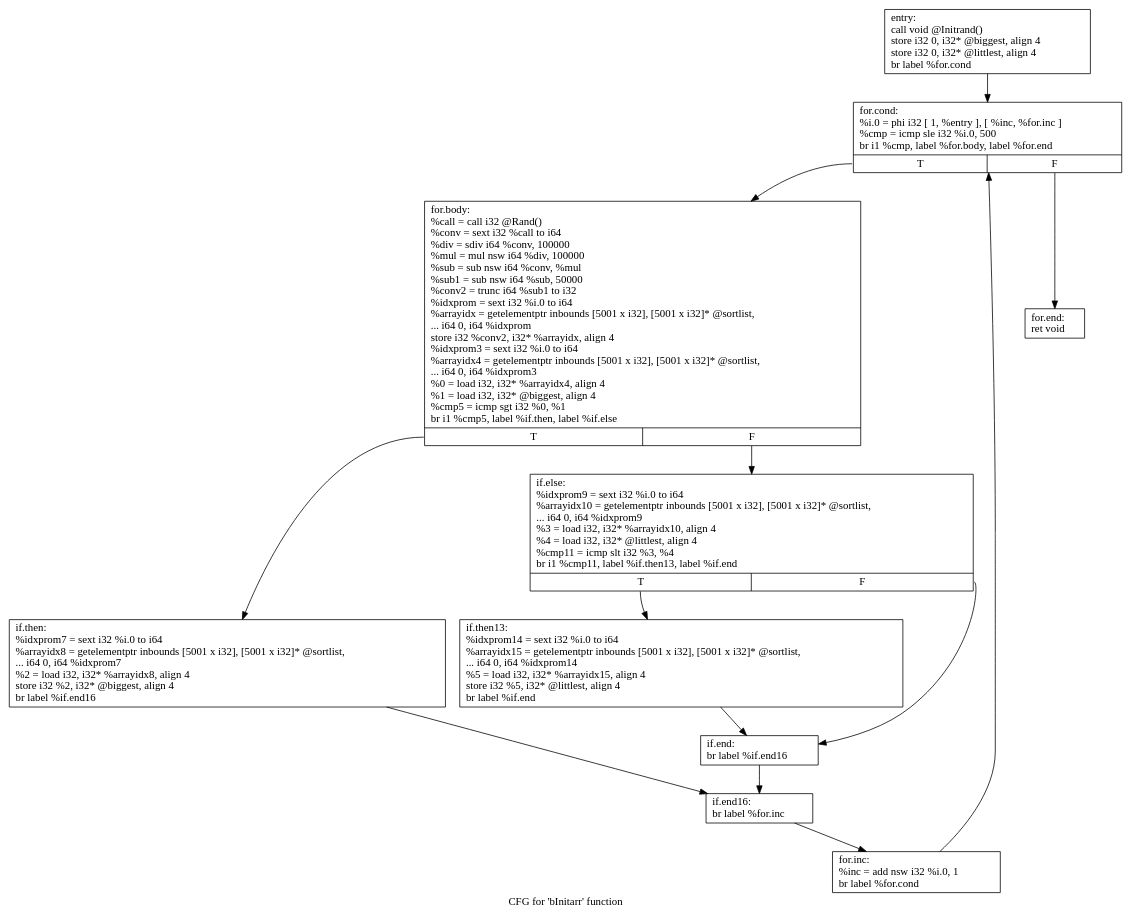
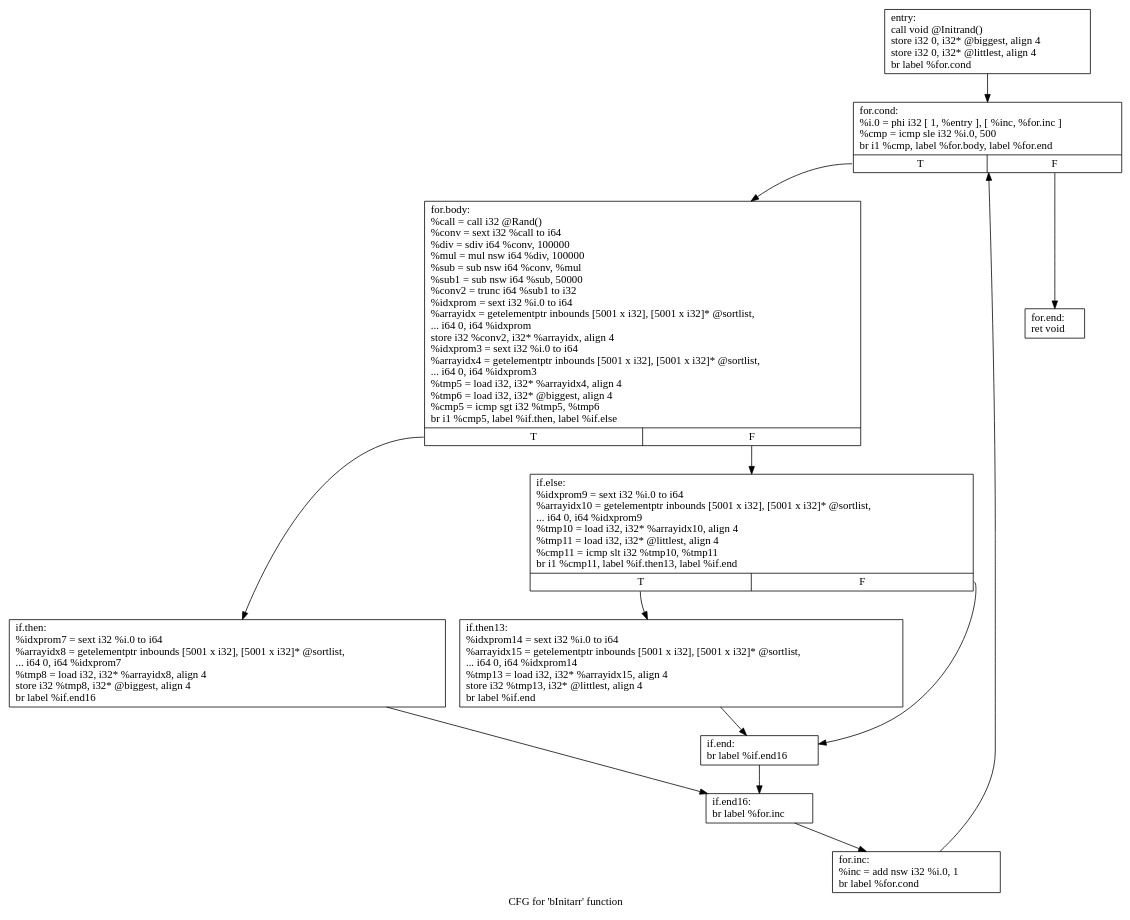
One commit to canesche/cfgPrinter changed the diagram in .bInitarr.dot. Above: the diagram before and after it, drawn with Graphviz. The commit also changed 116 other files, not shown here.

```diff
--- a/.bInitarr.dot
+++ b/.bInitarr.dot
@@ -1,26 +1,26 @@
 digraph "CFG for 'bInitarr' function" {
 	label="CFG for 'bInitarr' function";
 
-	Node0x9ba200 [shape=record,label="{entry:\l  call void @Initrand()\l  store i32 0, i32* @biggest, align 4\l  store i32 0, i32* @littlest, align 4\l  br label %for.cond\l}"];
-	Node0x9ba200 -> Node0x9ba550;
-	Node0x9ba550 [shape=record,label="{for.cond:                                         \l  %i.0 = phi i32 [ 1, %entry ], [ %inc, %for.inc ]\l  %cmp = icmp sle i32 %i.0, 500\l  br i1 %cmp, label %for.body, label %for.end\l|{<s0>T|<s1>F}}"];
-	Node0x9ba550:s0 -> Node0x9bb110;
-	Node0x9ba550:s1 -> Node0x9bb1f0;
-	Node0x9bb110 [shape=record,label="{for.body:                                         \l  %call = call i32 @Rand()\l  %conv = sext i32 %call to i64\l  %div = sdiv i64 %conv, 100000\l  %mul = mul nsw i64 %div, 100000\l  %sub = sub nsw i64 %conv, %mul\l  %sub1 = sub nsw i64 %sub, 50000\l  %conv2 = trunc i64 %sub1 to i32\l  %idxprom = sext i32 %i.0 to i64\l  %arrayidx = getelementptr inbounds [5001 x i32], [5001 x i32]* @sortlist,\l... i64 0, i64 %idxprom\l  store i32 %conv2, i32* %arrayidx, align 4\l  %idxprom3 = sext i32 %i.0 to i64\l  %arrayidx4 = getelementptr inbounds [5001 x i32], [5001 x i32]* @sortlist,\l... i64 0, i64 %idxprom3\l  %0 = load i32, i32* %arrayidx4, align 4\l  %1 = load i32, i32* @biggest, align 4\l  %cmp5 = icmp sgt i32 %0, %1\l  br i1 %cmp5, label %if.then, label %if.else\l|{<s0>T|<s1>F}}"];
-	Node0x9bb110:s0 -> Node0x9bbd20;
-	Node0x9bb110:s1 -> Node0x9bbdf0;
-	Node0x9bbd20 [shape=record,label="{if.then:                                          \l  %idxprom7 = sext i32 %i.0 to i64\l  %arrayidx8 = getelementptr inbounds [5001 x i32], [5001 x i32]* @sortlist,\l... i64 0, i64 %idxprom7\l  %2 = load i32, i32* %arrayidx8, align 4\l  store i32 %2, i32* @biggest, align 4\l  br label %if.end16\l}"];
-	Node0x9bbd20 -> Node0x9bc0d0;
-	Node0x9bbdf0 [shape=record,label="{if.else:                                          \l  %idxprom9 = sext i32 %i.0 to i64\l  %arrayidx10 = getelementptr inbounds [5001 x i32], [5001 x i32]* @sortlist,\l... i64 0, i64 %idxprom9\l  %3 = load i32, i32* %arrayidx10, align 4\l  %4 = load i32, i32* @littlest, align 4\l  %cmp11 = icmp slt i32 %3, %4\l  br i1 %cmp11, label %if.then13, label %if.end\l|{<s0>T|<s1>F}}"];
-	Node0x9bbdf0:s0 -> Node0x9bc7b0;
-	Node0x9bbdf0:s1 -> Node0x9bc860;
-	Node0x9bc7b0 [shape=record,label="{if.then13:                                        \l  %idxprom14 = sext i32 %i.0 to i64\l  %arrayidx15 = getelementptr inbounds [5001 x i32], [5001 x i32]* @sortlist,\l... i64 0, i64 %idxprom14\l  %5 = load i32, i32* %arrayidx15, align 4\l  store i32 %5, i32* @littlest, align 4\l  br label %if.end\l}"];
-	Node0x9bc7b0 -> Node0x9bc860;
-	Node0x9bc860 [shape=record,label="{if.end:                                           \l  br label %if.end16\l}"];
-	Node0x9bc860 -> Node0x9bc0d0;
-	Node0x9bc0d0 [shape=record,label="{if.end16:                                         \l  br label %for.inc\l}"];
-	Node0x9bc0d0 -> Node0x9ba6b0;
-	Node0x9ba6b0 [shape=record,label="{for.inc:                                          \l  %inc = add nsw i32 %i.0, 1\l  br label %for.cond\l}"];
-	Node0x9ba6b0 -> Node0x9ba550;
-	Node0x9bb1f0 [shape=record,label="{for.end:                                          \l  ret void\l}"];
+	Node0x18a72e0 [shape=record,label="{entry:\l  call void @Initrand()\l  store i32 0, i32* @biggest, align 4\l  store i32 0, i32* @littlest, align 4\l  br label %for.cond\l}"];
+	Node0x18a72e0 -> Node0x18a7630;
+	Node0x18a7630 [shape=record,label="{for.cond:                                         \l  %i.0 = phi i32 [ 1, %entry ], [ %inc, %for.inc ]\l  %cmp = icmp sle i32 %i.0, 500\l  br i1 %cmp, label %for.body, label %for.end\l|{<s0>T|<s1>F}}"];
+	Node0x18a7630:s0 -> Node0x18a81f0;
+	Node0x18a7630:s1 -> Node0x18a82d0;
+	Node0x18a81f0 [shape=record,label="{for.body:                                         \l  %call = call i32 @Rand()\l  %conv = sext i32 %call to i64\l  %div = sdiv i64 %conv, 100000\l  %mul = mul nsw i64 %div, 100000\l  %sub = sub nsw i64 %conv, %mul\l  %sub1 = sub nsw i64 %sub, 50000\l  %conv2 = trunc i64 %sub1 to i32\l  %idxprom = sext i32 %i.0 to i64\l  %arrayidx = getelementptr inbounds [5001 x i32], [5001 x i32]* @sortlist,\l... i64 0, i64 %idxprom\l  store i32 %conv2, i32* %arrayidx, align 4\l  %idxprom3 = sext i32 %i.0 to i64\l  %arrayidx4 = getelementptr inbounds [5001 x i32], [5001 x i32]* @sortlist,\l... i64 0, i64 %idxprom3\l  %tmp5 = load i32, i32* %arrayidx4, align 4\l  %tmp6 = load i32, i32* @biggest, align 4\l  %cmp5 = icmp sgt i32 %tmp5, %tmp6\l  br i1 %cmp5, label %if.then, label %if.else\l|{<s0>T|<s1>F}}"];
+	Node0x18a81f0:s0 -> Node0x18a8e20;
+	Node0x18a81f0:s1 -> Node0x18a8ef0;
+	Node0x18a8e20 [shape=record,label="{if.then:                                          \l  %idxprom7 = sext i32 %i.0 to i64\l  %arrayidx8 = getelementptr inbounds [5001 x i32], [5001 x i32]* @sortlist,\l... i64 0, i64 %idxprom7\l  %tmp8 = load i32, i32* %arrayidx8, align 4\l  store i32 %tmp8, i32* @biggest, align 4\l  br label %if.end16\l}"];
+	Node0x18a8e20 -> Node0x18a94e0;
+	Node0x18a8ef0 [shape=record,label="{if.else:                                          \l  %idxprom9 = sext i32 %i.0 to i64\l  %arrayidx10 = getelementptr inbounds [5001 x i32], [5001 x i32]* @sortlist,\l... i64 0, i64 %idxprom9\l  %tmp10 = load i32, i32* %arrayidx10, align 4\l  %tmp11 = load i32, i32* @littlest, align 4\l  %cmp11 = icmp slt i32 %tmp10, %tmp11\l  br i1 %cmp11, label %if.then13, label %if.end\l|{<s0>T|<s1>F}}"];
+	Node0x18a8ef0:s0 -> Node0x18a98b0;
+	Node0x18a8ef0:s1 -> Node0x18a9990;
+	Node0x18a98b0 [shape=record,label="{if.then13:                                        \l  %idxprom14 = sext i32 %i.0 to i64\l  %arrayidx15 = getelementptr inbounds [5001 x i32], [5001 x i32]* @sortlist,\l... i64 0, i64 %idxprom14\l  %tmp13 = load i32, i32* %arrayidx15, align 4\l  store i32 %tmp13, i32* @littlest, align 4\l  br label %if.end\l}"];
+	Node0x18a98b0 -> Node0x18a9990;
+	Node0x18a9990 [shape=record,label="{if.end:                                           \l  br label %if.end16\l}"];
+	Node0x18a9990 -> Node0x18a94e0;
+	Node0x18a94e0 [shape=record,label="{if.end16:                                         \l  br label %for.inc\l}"];
+	Node0x18a94e0 -> Node0x18a7fa0;
+	Node0x18a7fa0 [shape=record,label="{for.inc:                                          \l  %inc = add nsw i32 %i.0, 1\l  br label %for.cond\l}"];
+	Node0x18a7fa0 -> Node0x18a7630;
+	Node0x18a82d0 [shape=record,label="{for.end:                                          \l  ret void\l}"];
 }
```
